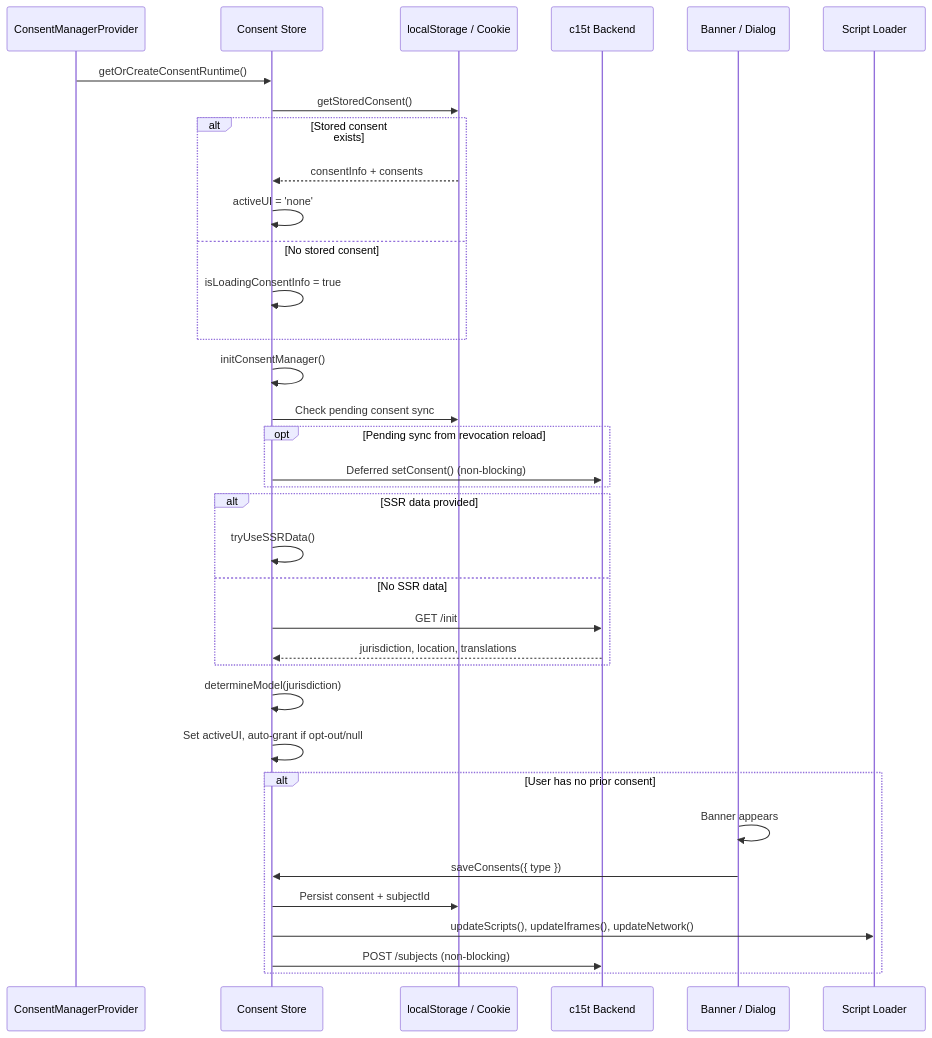
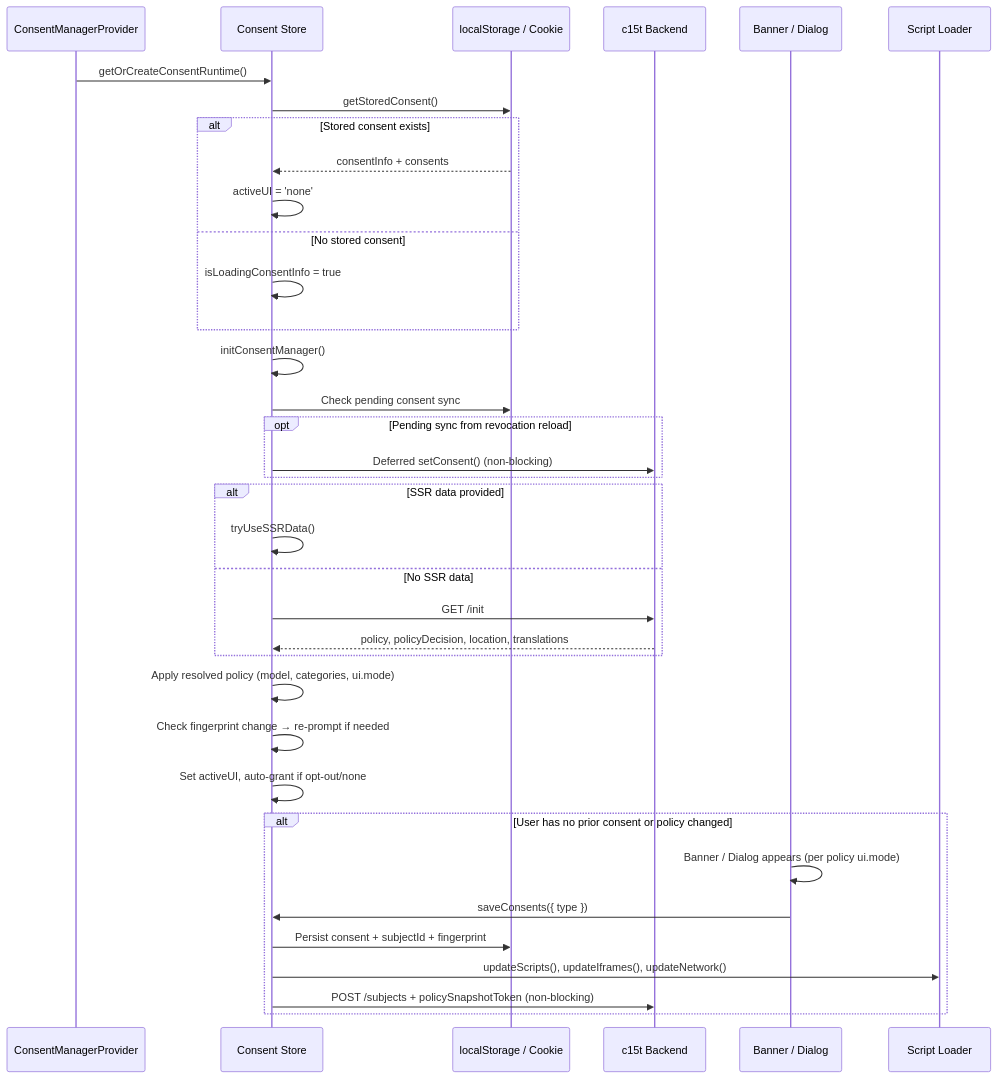
Before and after one commit to c15t/c15t: the diagram in docs/shared/concepts/initialization-flow.mdx, drawn with Mermaid. The commit also changed other lines of this file, not shown here.

First line of the commit message:
docs: update initialization flow for policy packs

````diff
--- a/docs/shared/concepts/initialization-flow.mdx
+++ b/docs/shared/concepts/initialization-flow.mdx
@@ -22,42 +22,43 @@
       ```mermaid
       sequenceDiagram
           participant Provider as ConsentManagerProvider
           participant Store as Consent Store
           participant Storage as localStorage / Cookie
           participant API as c15t Backend
           participant UI as Banner / Dialog
           participant Scripts as Script Loader
 
           Provider->>Store: getOrCreateConsentRuntime()
           Store->>Storage: getStoredConsent()
           alt Stored consent exists
               Storage-->>Store: consentInfo + consents
               Store->>Store: activeUI = 'none'
           else No stored consent
               Store->>Store: isLoadingConsentInfo = true
           end
 
           Store->>Store: initConsentManager()
           Store->>Storage: Check pending consent sync
           opt Pending sync from revocation reload
               Store->>API: Deferred setConsent() (non-blocking)
           end
 
           alt SSR data provided
               Store->>Store: tryUseSSRData()
           else No SSR data
               Store->>API: GET /init
-              API-->>Store: jurisdiction, location, translations
+              API-->>Store: policy, policyDecision, location, translations
           end
 
-          Store->>Store: determineModel(jurisdiction)
-          Store->>Store: Set activeUI, auto-grant if opt-out/null
+          Store->>Store: Apply resolved policy (model, categories, ui.mode)
+          Store->>Store: Check fingerprint change → re-prompt if needed
+          Store->>Store: Set activeUI, auto-grant if opt-out/none
 
-          alt User has no prior consent
-              UI->>UI: Banner appears
+          alt User has no prior consent or policy changed
+              UI->>UI: Banner / Dialog appears (per policy ui.mode)
               UI->>Store: saveConsents({ type })
-              Store->>Storage: Persist consent + subjectId
+              Store->>Storage: Persist consent + subjectId + fingerprint
               Store->>Scripts: updateScripts(), updateIframes(), updateNetwork()
-              Store->>API: POST /subjects (non-blocking)
+              Store->>API: POST /subjects + policySnapshotToken (non-blocking)
           end
       ```
````
